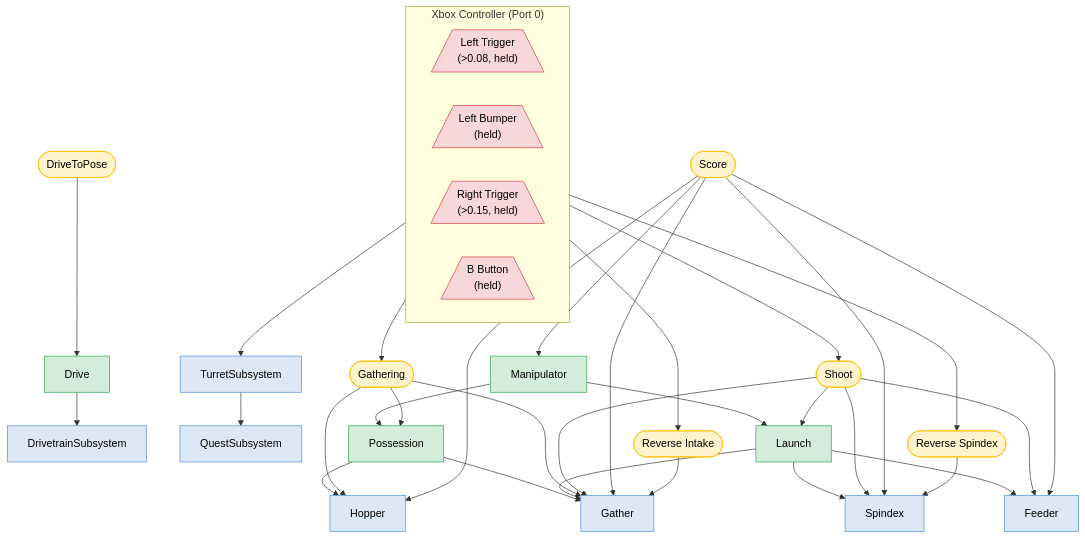
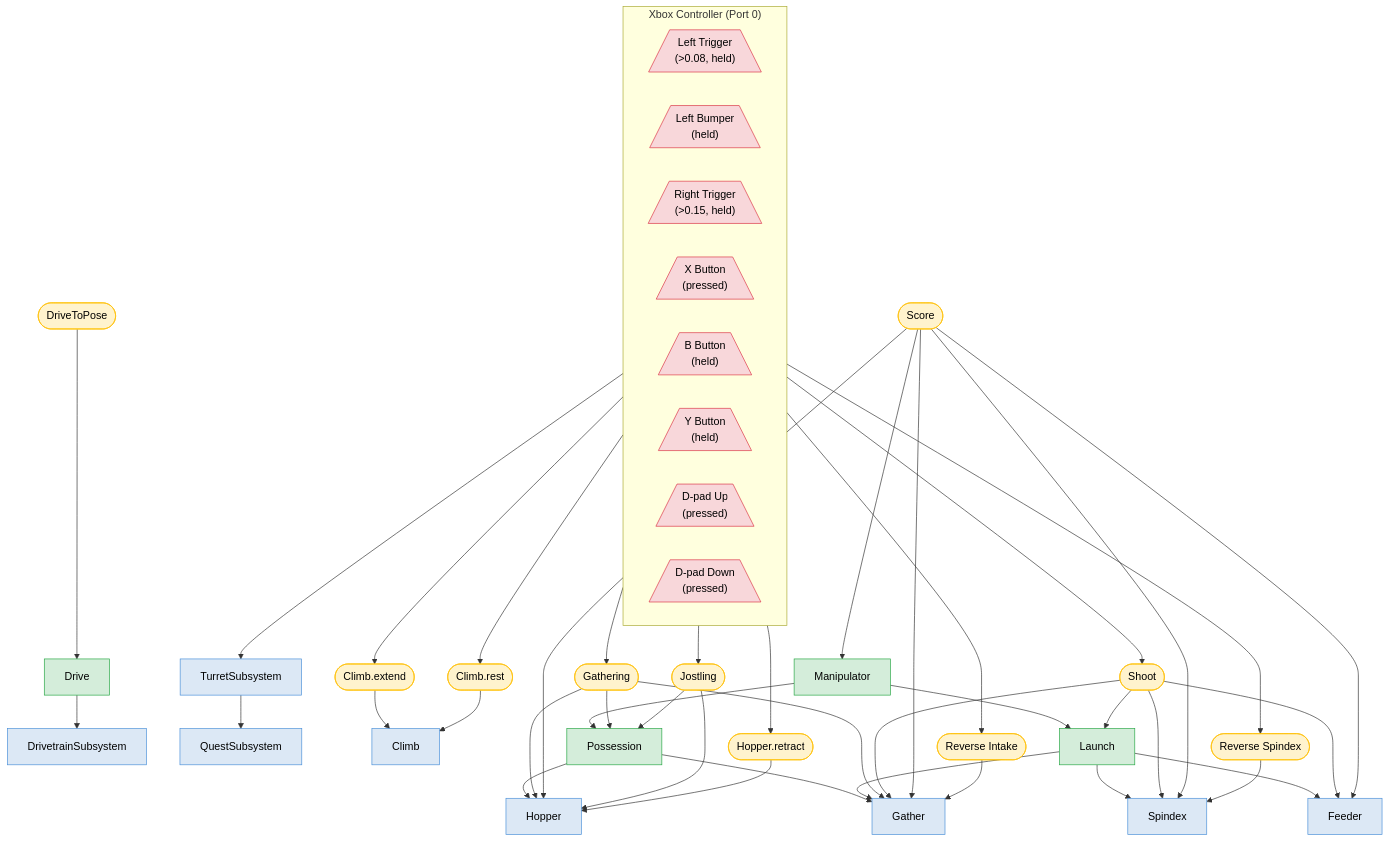
Before and after one commit to Team801Horsepower/robot-code-2026: the diagram in hierarchy.mmd, drawn with Mermaid. The commit also changed 3 other files, not shown here.

```diff
--- a/hierarchy.mmd
+++ b/hierarchy.mmd
@@ -1,79 +1,97 @@
 %%{init: {"theme": "default"}}%%
 graph TD
 
   subgraph Ctrl ["Xbox Controller (Port 0)"]
     direction LR
     LT[/"Left Trigger\n(>0.08, held)"\]
     LB[/"Left Bumper\n(held)"\]
     RT[/"Right Trigger\n(>0.15, held)"\]
+    X[/"X Button\n(pressed)"\]
     B[/"B Button\n(held)"\]
+    Y[/"Y Button\n(held)"\]
+    DU[/"D-pad Up\n(pressed)"\]
+    DD[/"D-pad Down\n(pressed)"\]
   end
 
   %% ── Leaf Subsystems ───────────────────────────────────────────
   DT[DrivetrainSubsystem]
   QN[QuestSubsystem]
   Gather[Gather]
   Hopper[Hopper]
   Spindex[Spindex]
   Feeder[Feeder]
   Turret[TurretSubsystem]
+  Climb[Climb]
 
   %% ── Composite Subsystems ──────────────────────────────────────
   Drive[Drive]
   Possession[Possession]
   Launch[Launch]
   Manipulator[Manipulator]
 
   %% ── Commands ──────────────────────────────────────────────────
   DriveToPose([DriveToPose])
   Gathering([Gathering])
   Shoot([Shoot])
   Score([Score])
   ReverseIntake([Reverse Intake])
   ReverseSpindex([Reverse Spindex])
+  Jostling([Jostling])
+  HopperRetract([Hopper.retract])
+  ClimbExtend([Climb.extend])
+  ClimbRest([Climb.rest])
 
   %% ── Button → Command ──────────────────────────────────────────
   LT --> Gathering
   LB --> ReverseIntake
   RT --> Shoot
   RT --> Turret
+  X --> HopperRetract
   B --> ReverseSpindex
+  Y --> Jostling
+  DU --> ClimbExtend
+  DD --> ClimbRest
 
   %% ── Composite → Leaf composition ─────────────────────────────
   Drive --> DT
   Possession --> Hopper
   Possession --> Gather
   Launch --> Spindex
   Launch --> Feeder
   Launch --> Gather
   Manipulator --> Possession
   Manipulator --> Launch
   Turret --> QN
 
   %% ── Commands → Subsystem requirements ────────────────────────
   DriveToPose --> Drive
   Gathering --> Possession
   Gathering --> Gather
   Gathering --> Hopper
   Shoot --> Launch
   Shoot --> Gather
   Shoot --> Spindex
   Shoot --> Feeder
   Score --> Manipulator
   Score --> Gather
   Score --> Hopper
   Score --> Spindex
   Score --> Feeder
   ReverseIntake --> Gather
   ReverseSpindex --> Spindex
+  Jostling --> Possession
+  Jostling --> Hopper
+  HopperRetract --> Hopper
+  ClimbExtend --> Climb
+  ClimbRest --> Climb
 
   %% ── Styling ───────────────────────────────────────────────────
   classDef leaf      fill:#dce8f5,stroke:#4a90d9,color:#000;
   classDef composite fill:#d4edda,stroke:#28a745,color:#000;
   classDef command   fill:#fff3cd,stroke:#ffc107,color:#000;
   classDef button    fill:#f8d7da,stroke:#dc3545,color:#000;
 
-  class DT,QN,Gather,Hopper,Spindex,Feeder,Turret leaf;
+  class DT,QN,Gather,Hopper,Spindex,Feeder,Turret,Climb leaf;
   class Drive,Possession,Launch,Manipulator composite;
-  class DriveToPose,Gathering,Shoot,Score,ReverseIntake,ReverseSpindex command;
-  class LT,LB,RT,B button;
+  class DriveToPose,Gathering,Shoot,Score,ReverseIntake,ReverseSpindex,Jostling,HopperRetract,ClimbExtend,ClimbRest command;
+  class LT,LB,RT,X,B,Y,DU,DD button;
```
